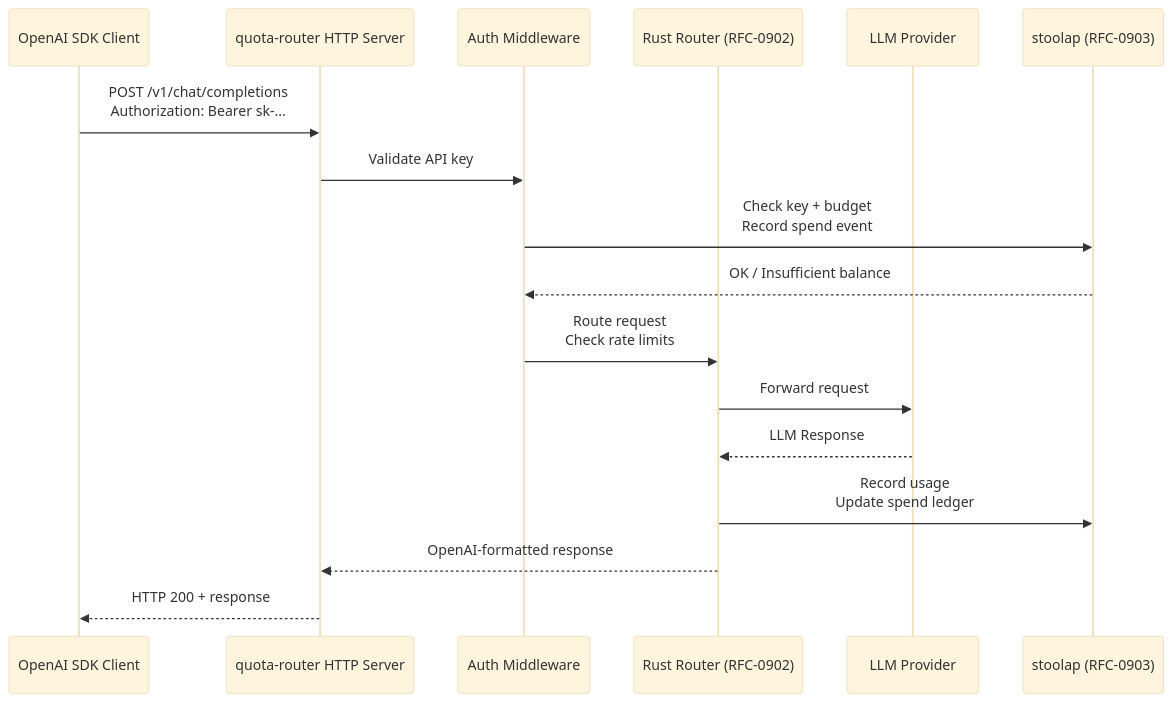
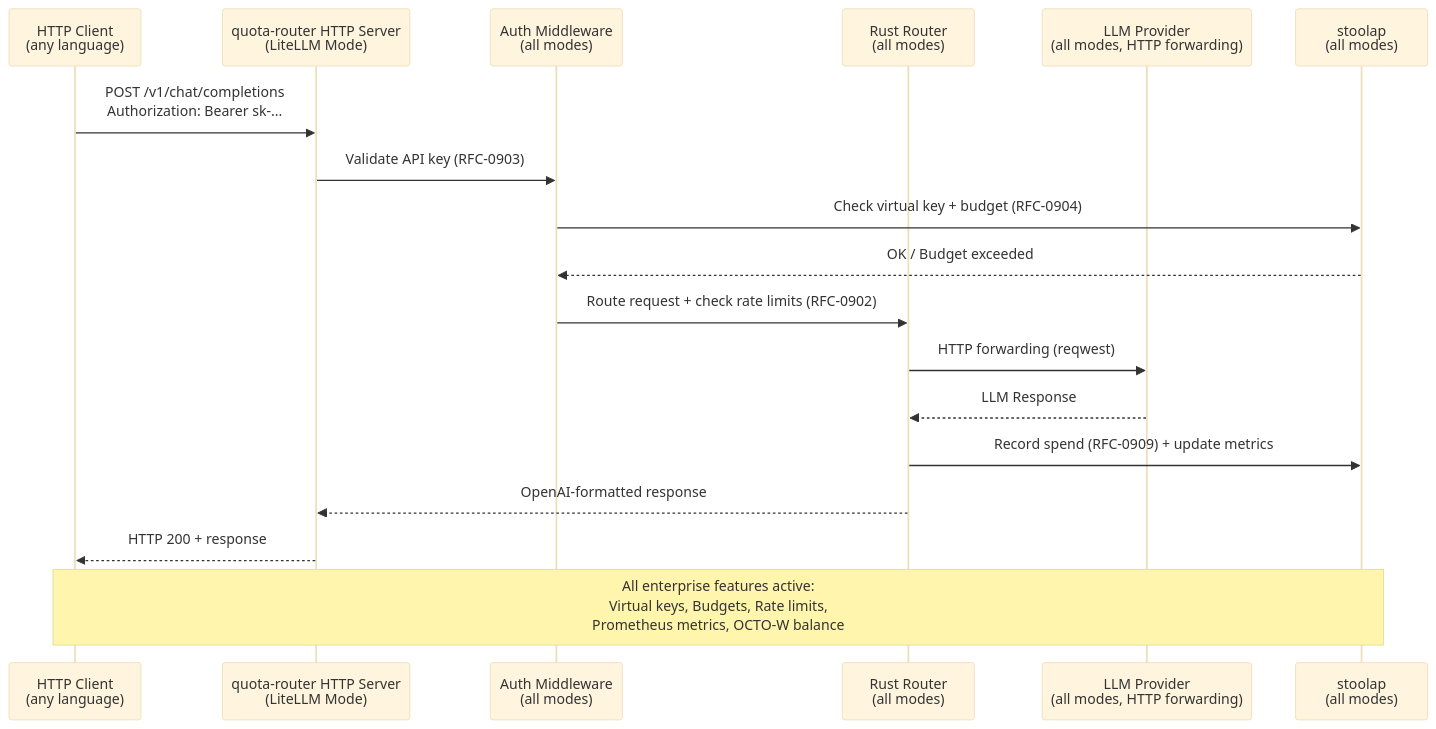
One commit to CipherOcto/cipherocto changed the second of 2 diagrams in rfcs/draft/economics/0917-dual-mode-query-router.md. Above: the diagram before and after it, drawn with Mermaid (base theme). The commit also changed other lines of this file, not shown here.

First line of the commit message:
docs(rfc-0917): round 3 — fix dual-mode emphasis, enterprise in both modes, HTTP forwarding core

````diff
--- a/rfcs/draft/economics/0917-dual-mode-query-router.md
+++ b/rfcs/draft/economics/0917-dual-mode-query-router.md
@@ -146,20 +151,22 @@
 ```mermaid
 sequenceDiagram
-    participant Client as OpenAI SDK Client
-    participant Gateway as quota-router HTTP Server
-    participant Auth as Auth Middleware
-    participant Router as Rust Router (RFC-0902)
-    participant Provider as LLM Provider
-    participant Storage as stoolap (RFC-0903)
-    
+    participant Client as HTTP Client<br/>(any language)
+    participant Gateway as quota-router HTTP Server<br/>(LiteLLM Mode)
+    participant Auth as Auth Middleware<br/>(all modes)
+    participant Router as Rust Router<br/>(all modes)
+    participant Provider as LLM Provider<br/>(all modes, HTTP forwarding)
+    participant Storage as stoolap<br/>(all modes)
+
     Client->>Gateway: POST /v1/chat/completions<br/>Authorization: Bearer sk-...
-    Gateway->>Auth: Validate API key
-    Auth->>Storage: Check key + budget<br/>Record spend event
-    Storage-->>Auth: OK / Insufficient balance
-    Auth->>Router: Route request<br/>Check rate limits
-    Router->>Provider: Forward request
+    Gateway->>Auth: Validate API key (RFC-0903)
+    Auth->>Storage: Check virtual key + budget (RFC-0904)
+    Storage-->>Auth: OK / Budget exceeded
+    Auth->>Router: Route request + check rate limits (RFC-0902)
+    Router->>Provider: HTTP forwarding (reqwest)
     Provider-->>Router: LLM Response
-    Router->>Storage: Record usage<br/>Update spend ledger
+    Router->>Storage: Record spend (RFC-0909) + update metrics
     Router-->>Gateway: OpenAI-formatted response
     Gateway-->>Client: HTTP 200 + response
+
+    Note over Client,Storage: All enterprise features active:<br/>Virtual keys, Budgets, Rate limits,<br/>Prometheus metrics, OCTO-W balance
 ```
````
